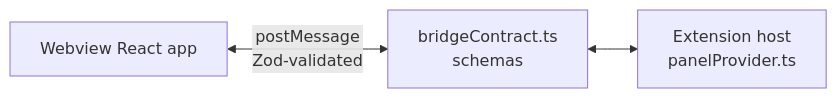
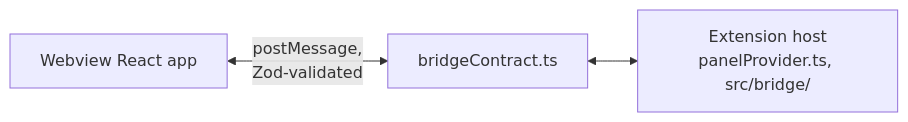
One commit to ChrisDevRepo/vscode_data_lineage changed the third of 3 diagrams in docs/DEVELOPER_GUIDE.md. Above: the diagram before and after it, drawn with Mermaid. The commit also changed other lines of this file and 676 other files, not shown here.

First line of the commit message:
feat: column-trace contracts, architecture stabilization, and test framework separation

````diff
--- a/docs/DEVELOPER_GUIDE.md
+++ b/docs/DEVELOPER_GUIDE.md
@@ -185,5 +110,5 @@
 ```mermaid
 flowchart LR
-    WV[Webview React app] <-->|postMessage<br/>Zod-validated| BC[bridgeContract.ts<br/>schemas]
-    BC <--> EXT[Extension host<br/>panelProvider.ts]
+    WV[Webview React app] <-->|postMessage,<br/>Zod-validated| BC[bridgeContract.ts]
+    BC <--> EXT[Extension host<br/>panelProvider.ts, src/bridge/]
 ```
````
